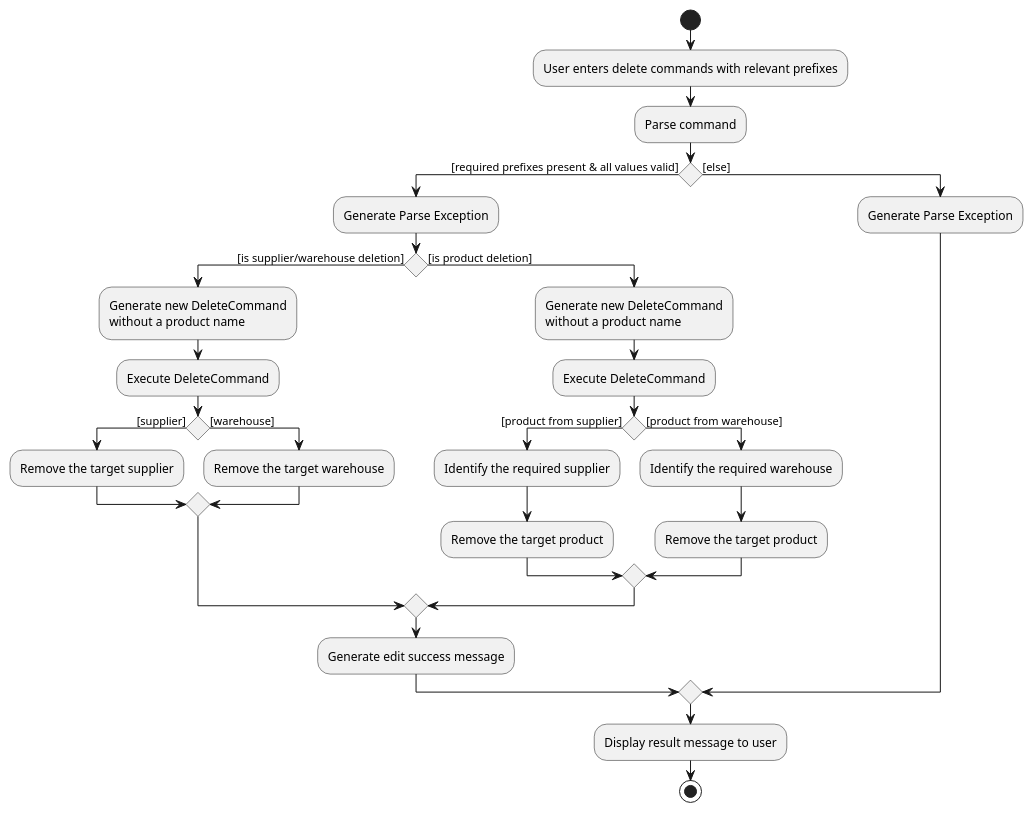
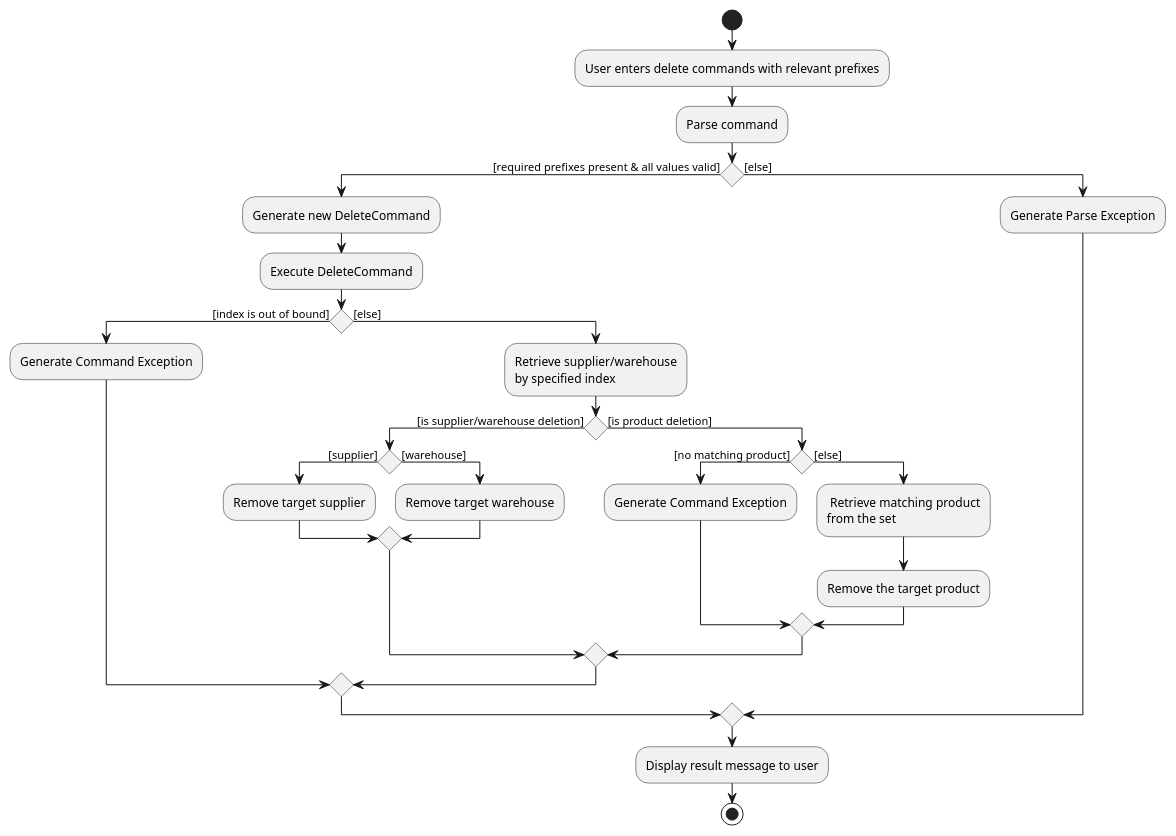
The diagram in docs/diagrams/DeleteCommandActivityDiagram.puml (tohyuting/tp), drawn with PlantUML before and after one commit. The commit also changed 4 other files, not shown here.

Commit message:
Fix some UML diagram issues

```diff
--- a/docs/diagrams/DeleteCommandActivityDiagram.puml
+++ b/docs/diagrams/DeleteCommandActivityDiagram.puml
@@ -1,41 +1,39 @@
 @startuml
 start
 :User enters delete commands with relevant prefixes;
 :Parse command;
 
 'Since the beta syntax does not support placing the condition outside the
 'diamond we place it as the true branch instead.
 
 if () then ([required prefixes present & all values valid])
-    :Generate Parse Exception;
-    if () then ([is supplier/warehouse deletion])
-        :Generate new DeleteCommand
-        without a product name;
-        :Execute DeleteCommand;
+    :Generate new DeleteCommand;
+    :Execute DeleteCommand;
+    if () then ([index is out of bound])
+        :Generate Command Exception;
 
-        if () then([supplier])
-        :Remove the target supplier;
-        else ([warehouse])
-        :Remove the target warehouse;
+    else ([else])
+        :Retrieve supplier/warehouse
+        by specified index;
+        if () then ([is supplier/warehouse deletion])
+            if () then([supplier])
+            :Remove target supplier;
+            else ([warehouse])
+            :Remove target warehouse;
+            endif
+        else ([is product deletion])
+            if () then ([no matching product])
+                :Generate Command Exception;
+            else ([else])
+                : Retrieve matching product
+                from the set;
+                :Remove the target product;
+            endif
         endif
-    else ([is product deletion])
-        :Generate new DeleteCommand
-        without a product name;
-        :Execute DeleteCommand;
-
-        if () then([product from supplier])
-            :Identify the required supplier;
-            :Remove the target product;
-        else ([product from warehouse])
-            :Identify the required warehouse;
-            :Remove the target product;
-        endif
-
     endif
-        :Generate edit success message;
 else ([else])
     :Generate Parse Exception;
 endif
 :Display result message to user;
 stop
 @enduml
```
